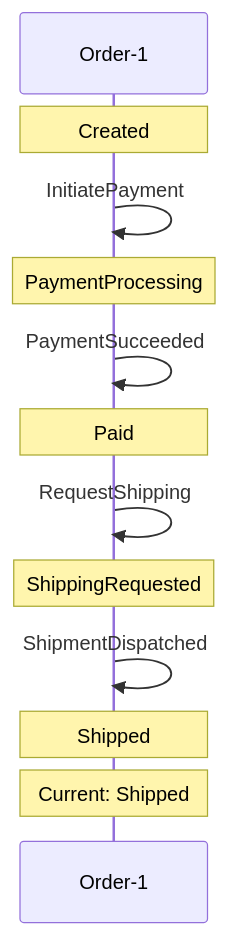
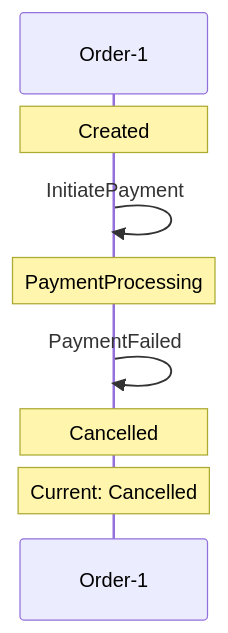
One commit to Iterable/mechanoid changed the second of 3 diagrams in docs/visualizations/order-1-trace.md. Above: the diagram before and after it, drawn with Mermaid. The commit also changed other lines of this file and 19 other files, not shown here.

````diff
--- a/docs/visualizations/order-1-trace.md
+++ b/docs/visualizations/order-1-trace.md
@@ -60,14 +32,10 @@
 ```mermaid
 sequenceDiagram
     participant FSM as Order-1
     Note over FSM: Created
     FSM->>FSM: InitiatePayment
     Note over FSM: PaymentProcessing
-    FSM->>FSM: PaymentSucceeded
-    Note over FSM: Paid
-    FSM->>FSM: RequestShipping
-    Note over FSM: ShippingRequested
-    FSM->>FSM: ShipmentDispatched
-    Note over FSM: Shipped
-    Note over FSM: Current: Shipped
+    FSM->>FSM: PaymentFailed
+    Note over FSM: Cancelled
+    Note over FSM: Current: Cancelled
 ```
````
